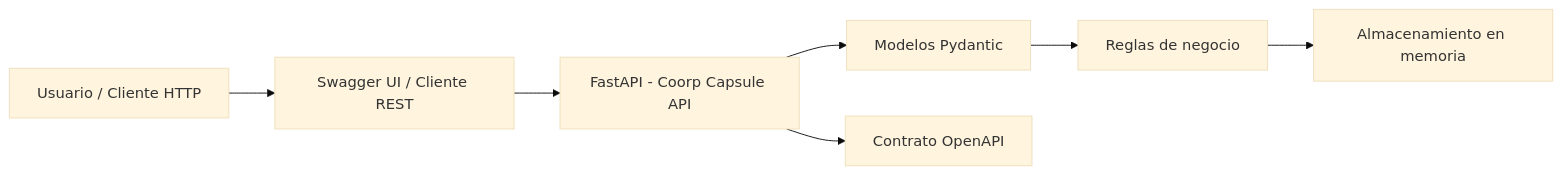
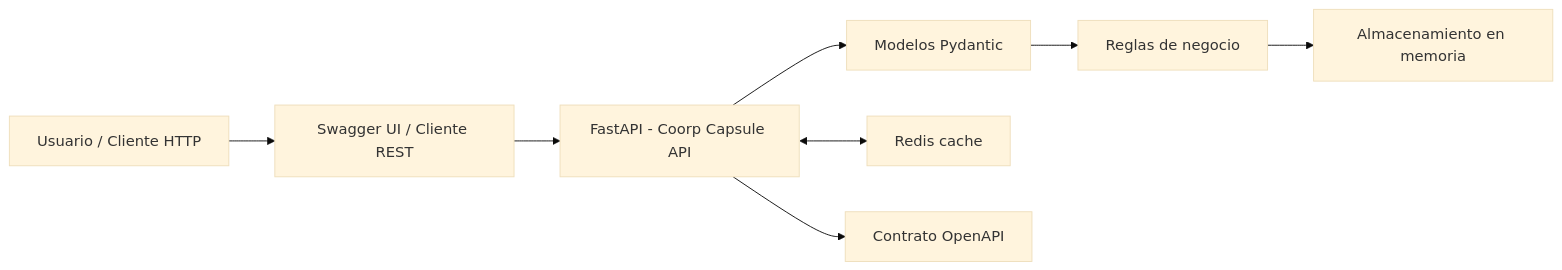
The first of 3 diagrams in docs/architecture.md (Ferotuc/coorp-capsule-api), drawn with Mermaid (base theme) before and after one commit. The commit also changed other lines of this file and 15 other files, not shown here.

Commit message:
Add Redis cache and Docker Compose delivery

````diff
--- a/docs/architecture.md
+++ b/docs/architecture.md
@@ -20,9 +22,10 @@
 ```mermaid
 flowchart LR
     user["Usuario / Cliente HTTP"] --> swagger["Swagger UI / Cliente REST"]
     swagger --> api["FastAPI - Coorp Capsule API"]
     api --> validators["Modelos Pydantic"]
     validators --> rules["Reglas de negocio"]
     rules --> memory["Almacenamiento en memoria"]
+    api <--> redis["Redis cache"]
     api --> openapi["Contrato OpenAPI"]
 ```
````
